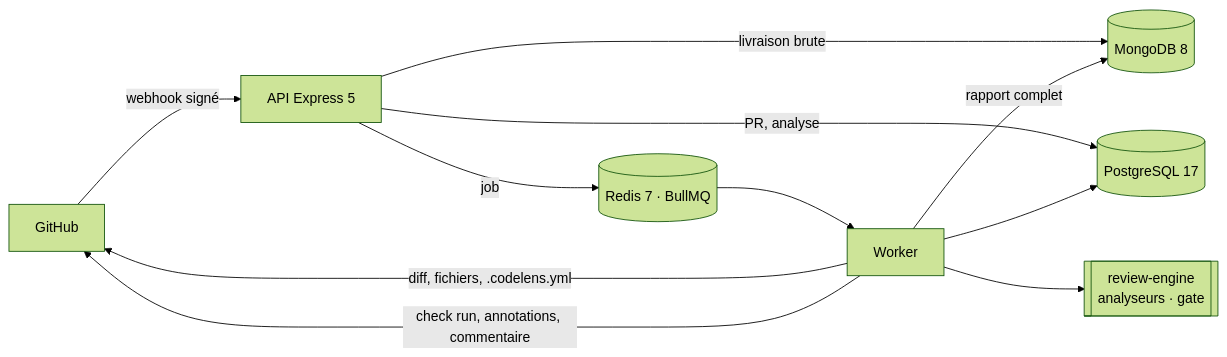
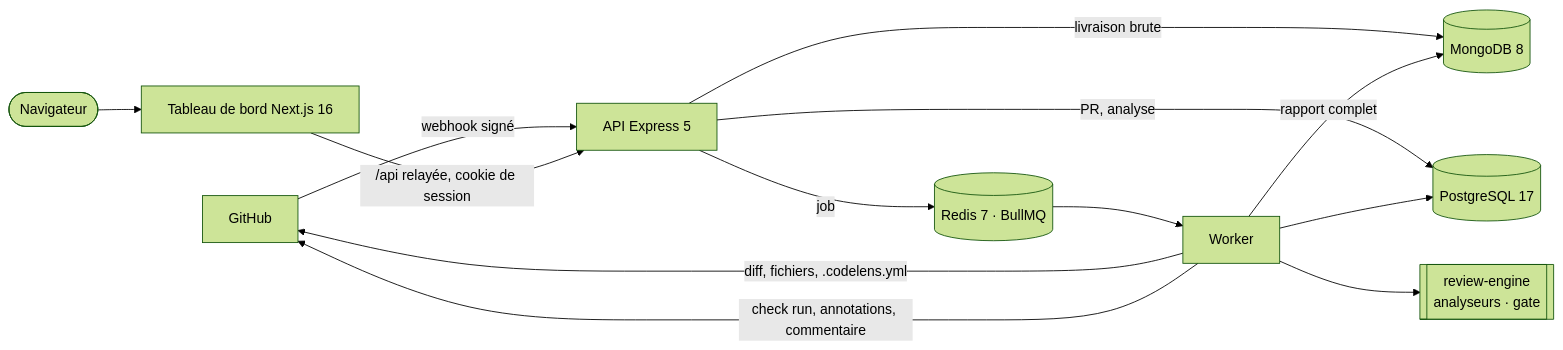
Before and after one commit to KarnasZiad/CodeLens: the diagram in README.md, drawn with Mermaid (forest theme). The commit also changed other lines of this file and 66 other files, not shown here.

````diff
--- a/README.md
+++ b/README.md
@@ -48,13 +48,15 @@
 ```mermaid
 flowchart LR
   gh[GitHub] -->|webhook signé| api[API Express 5]
   api -->|livraison brute| mongo[(MongoDB 8)]
   api -->|PR, analyse| pg[(PostgreSQL 17)]
   api -->|job| redis[(Redis 7 · BullMQ)]
   redis --> worker[Worker]
   worker -->|diff, fichiers, .codelens.yml| gh
   worker --> engine[[review-engine<br/>analyseurs · gate]]
   worker -->|check run, annotations, commentaire| gh
   worker --> pg
   worker -->|rapport complet| mongo
+  browser([Navigateur]) --> web[Tableau de bord Next.js 16]
+  web -->|/api relayée, cookie de session| api
 ```
````
